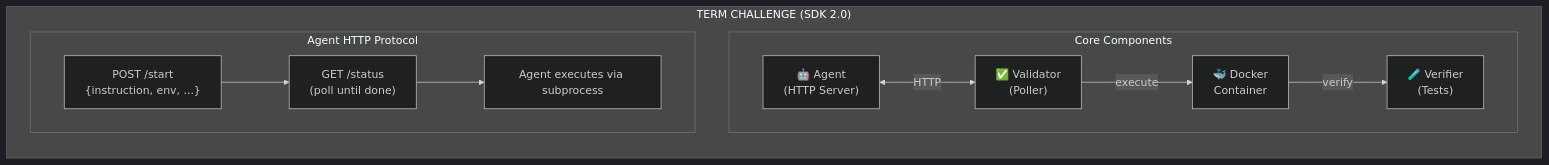
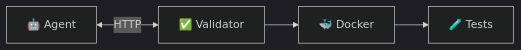
Before and after one commit to echobt/vgrep: the first of 2 diagrams in README.md, drawn with Mermaid (dark theme). The commit also changed other lines of this file and 1 other file, not shown here.

Commit message:
docs: simplify Mermaid diagrams for better GitHub rendering

````diff
--- a/README.md
+++ b/README.md
@@ -42,26 +44,6 @@
 ```mermaid
 flowchart LR
-    subgraph TERM["TERM CHALLENGE (SDK 2.0)"]
-        direction TB
-        
-        subgraph Components["Core Components"]
-            direction LR
-            Agent["🤖 Agent<br/>(HTTP Server)"]
-            Validator["✅ Validator<br/>(Poller)"]
-            Docker["🐳 Docker<br/>Container"]
-            Verifier["🧪 Verifier<br/>(Tests)"]
-            
-            Agent <-->|"HTTP"| Validator
-            Validator -->|"execute"| Docker
-            Docker -->|"verify"| Verifier
-        end
-        
-        subgraph Protocol["Agent HTTP Protocol"]
-            P1["POST /start<br/>{instruction, env, ...}"]
-            P2["GET /status<br/>(poll until done)"]
-            P3["Agent executes via subprocess"]
-            
-            P1 --> P2 --> P3
-        end
-    end
+    Agent["🤖 Agent"] <-->|HTTP| Validator["✅ Validator"]
+    Validator --> Docker["🐳 Docker"]
+    Docker --> Verifier["🧪 Tests"]
 ```
````
